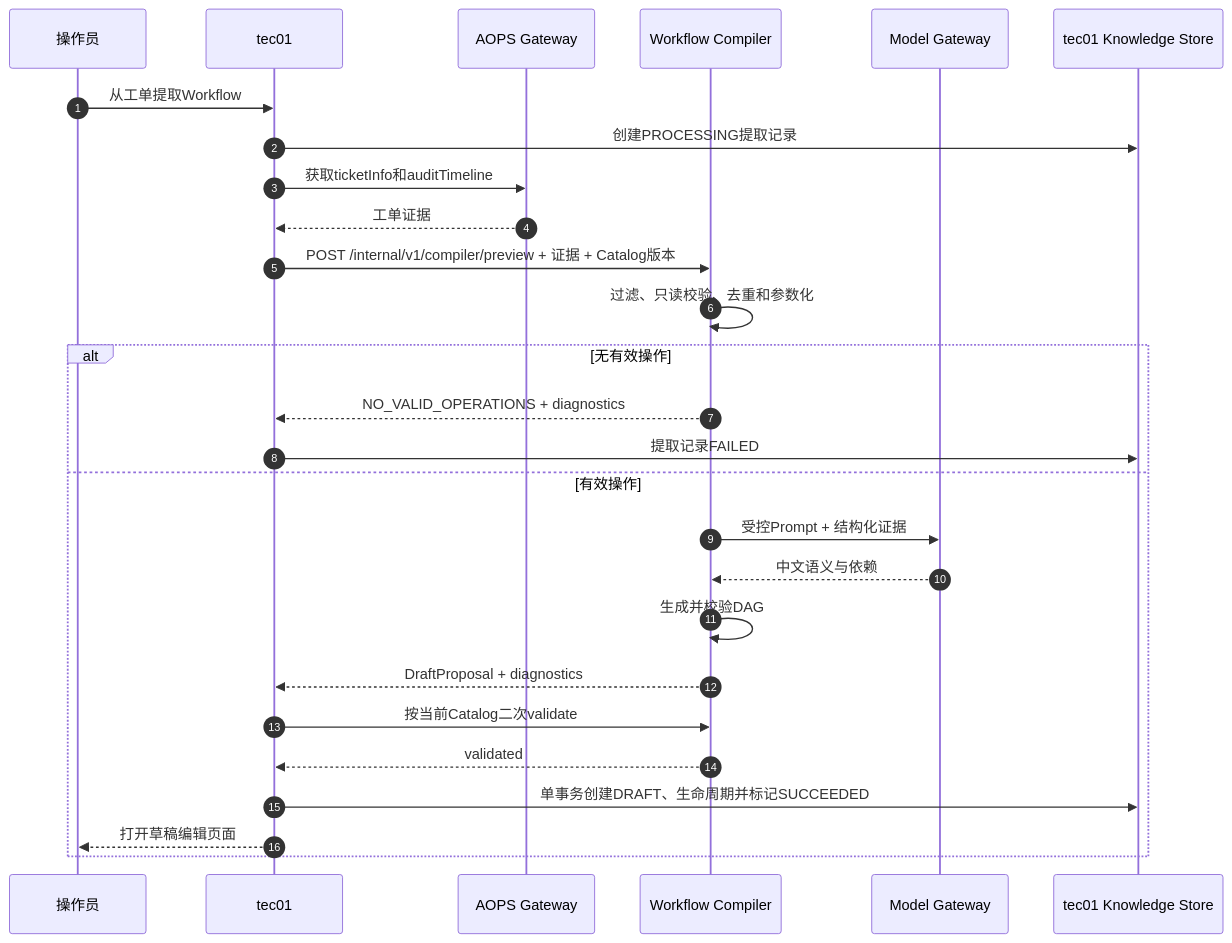
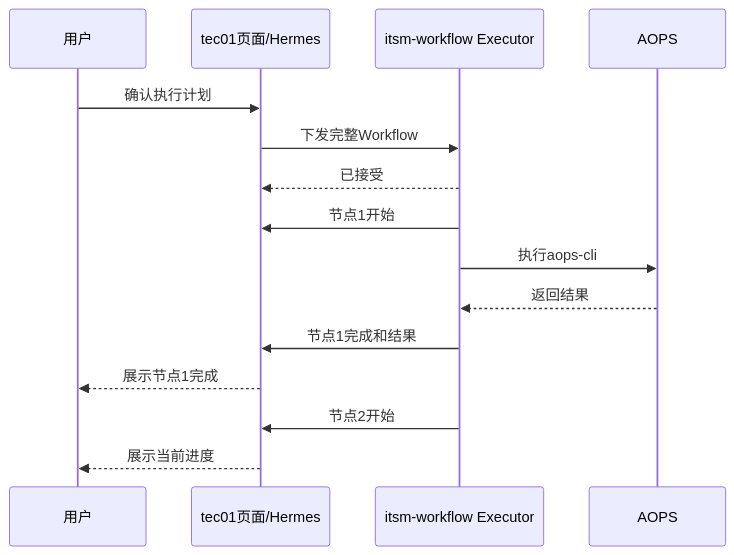
One commit to armin1024/itsm-workflow changed the third of 5 diagrams in docs/tec01-control-plane-split.md. Above: the diagram before and after it, drawn with Mermaid. The commit also changed other lines of this file and 7 other files, not shown here.

Commit message:
docs: simplify tec01 push scheduling and user flows

````diff
--- a/docs/tec01-control-plane-split.md
+++ b/docs/tec01-control-plane-split.md
@@ -287,30 +95,18 @@
 ```mermaid
 sequenceDiagram
-    autonumber
-    participant U as 操作员
-    participant T as tec01
-    participant A as AOPS Gateway
-    participant C as Workflow Compiler
-    participant L as Model Gateway
-    participant S as tec01 Knowledge Store
+    participant U as 用户
+    participant T as tec01页面/Hermes
+    participant E as itsm-workflow Executor
+    participant A as AOPS
 
-    U->>T: 从工单提取Workflow
-    T->>S: 创建PROCESSING提取记录
-    T->>A: 获取ticketInfo和auditTimeline
-    A-->>T: 工单证据
-    T->>C: POST /internal/v1/compiler/preview + 证据 + Catalog版本
-    C->>C: 过滤、只读校验、去重和参数化
-    alt 无有效操作
-        C-->>T: NO_VALID_OPERATIONS + diagnostics
-        T->>S: 提取记录FAILED
-    else 有效操作
-        C->>L: 受控Prompt + 结构化证据
-        L-->>C: 中文语义与依赖
-        C->>C: 生成并校验DAG
-        C-->>T: DraftProposal + diagnostics
-        T->>C: 按当前Catalog二次validate
-        C-->>T: validated
-        T->>S: 单事务创建DRAFT、生命周期并标记SUCCEEDED
-        T-->>U: 打开草稿编辑页面
-    end
+    U->>T: 确认执行计划
+    T->>E: 下发完整Workflow
+    E-->>T: 已接受
+    E->>T: 节点1开始
+    E->>A: 执行aops-cli
+    A-->>E: 返回结果
+    E->>T: 节点1完成和结果
+    T-->>U: 展示节点1完成
+    E->>T: 节点2开始
+    T-->>U: 展示当前进度
 ```
````
